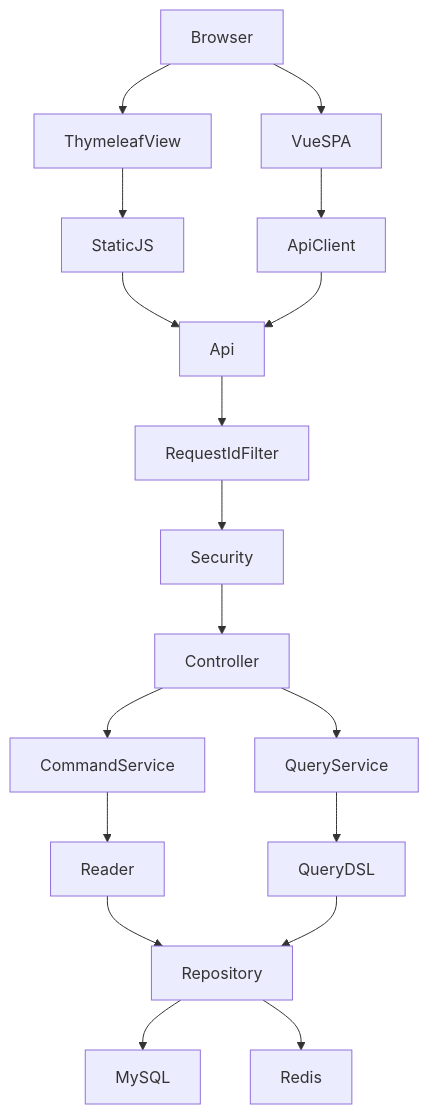
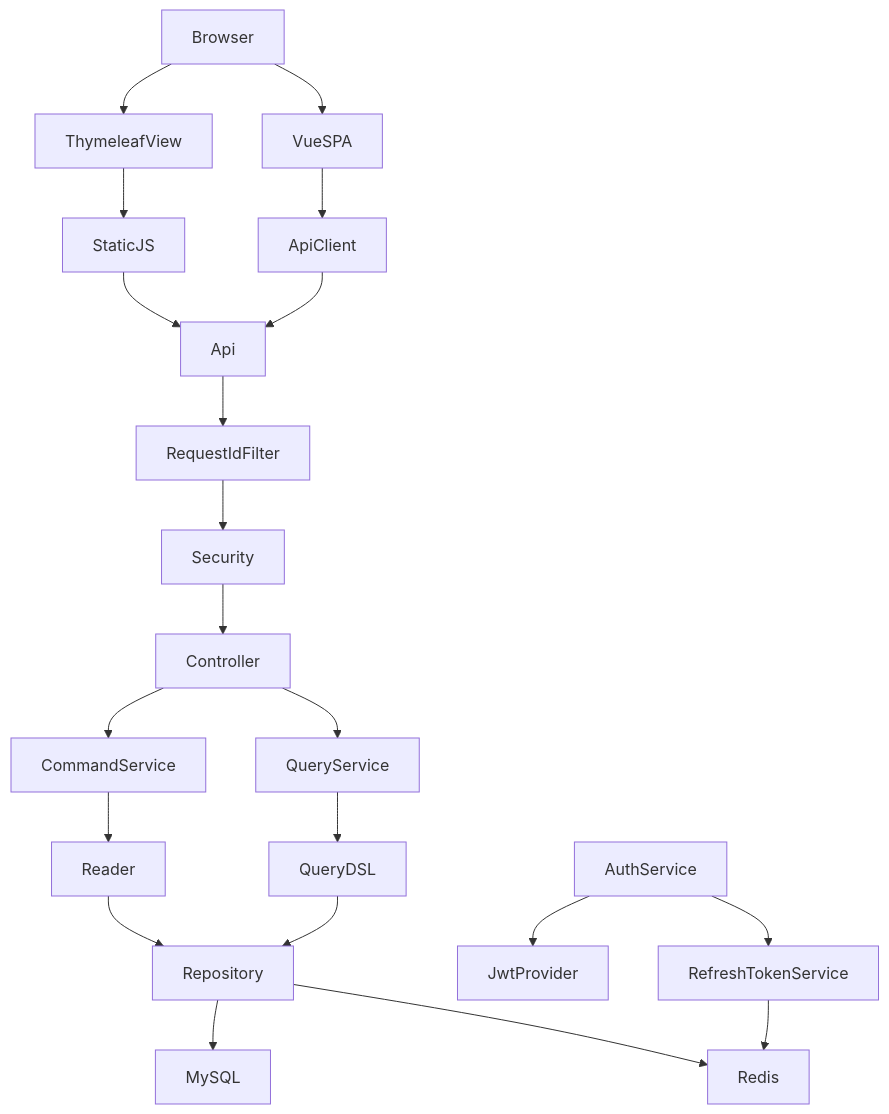
The second of 6 diagrams in docs/FELDBUCH_DEVELOPMENT_DOCUMENTATION.md (keunoh/feldbuch), drawn with Mermaid before and after one commit. The commit also changed other lines of this file and 1 other file, not shown here.

First line of the commit message:
docs: Refresh Token 인증 흐름 문서화

````diff
--- a/docs/FELDBUCH_DEVELOPMENT_DOCUMENTATION.md
+++ b/docs/FELDBUCH_DEVELOPMENT_DOCUMENTATION.md
@@ -169,24 +177,28 @@
 ```mermaid
 flowchart TD
     Browser --> VueSPA
     Browser --> ThymeleafView
 
     VueSPA --> ApiClient
     ThymeleafView --> StaticJS
     StaticJS --> Api
     ApiClient --> Api
 
     Api --> RequestIdFilter
     RequestIdFilter --> Security
     Security --> Controller
 
     Controller --> CommandService
     Controller --> QueryService
     CommandService --> Reader
     QueryService --> QueryDSL
     Reader --> Repository
     QueryDSL --> Repository
 
     Repository --> MySQL
     Repository --> Redis
+
+    AuthService --> JwtProvider
+    AuthService --> RefreshTokenService
+    RefreshTokenService --> Redis
 ```
````
